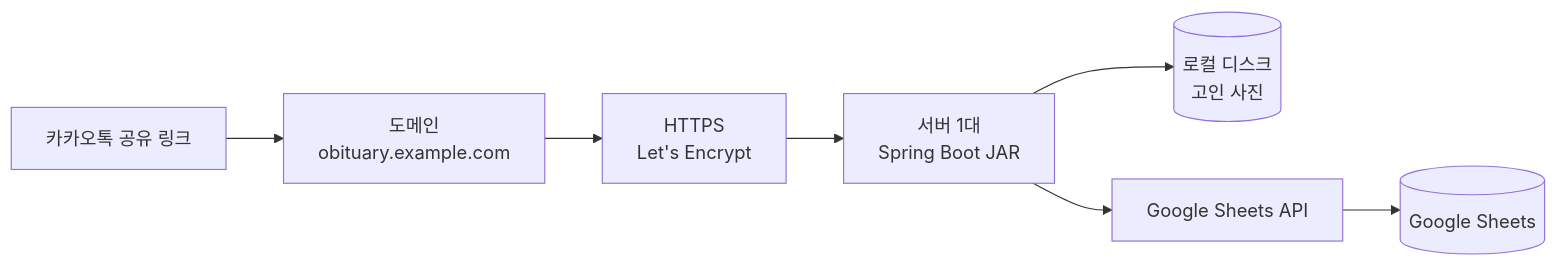
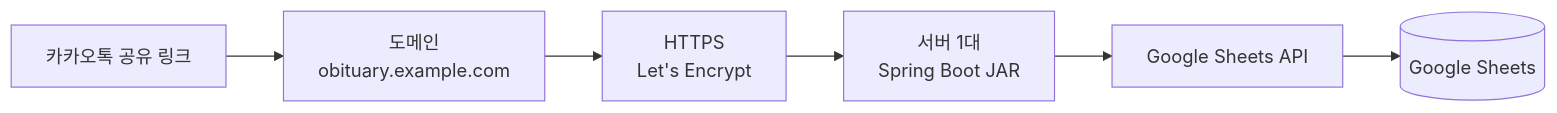
One commit to Choiulmu/obituary_maker changed the fourth of 4 diagrams in docs/architecture.md. Above: the diagram before and after it, drawn with Mermaid. The commit also changed other lines of this file and 2 other files, not shown here.

````diff
--- a/docs/architecture.md
+++ b/docs/architecture.md
@@ -152,9 +148,8 @@
 ```mermaid
 flowchart LR
     kakao[카카오톡 공유 링크] --> dns[도메인<br/>obituary.example.com]
     dns --> https[HTTPS<br/>Let's Encrypt]
     https --> server[서버 1대<br/>Spring Boot JAR]
-    server --> disk[(로컬 디스크<br/>고인 사진)]
     server --> api[Google Sheets API]
     api --> sheet[(Google Sheets)]
 ```
````
